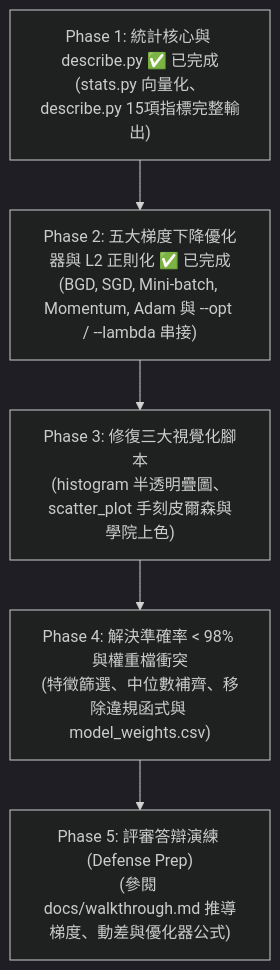
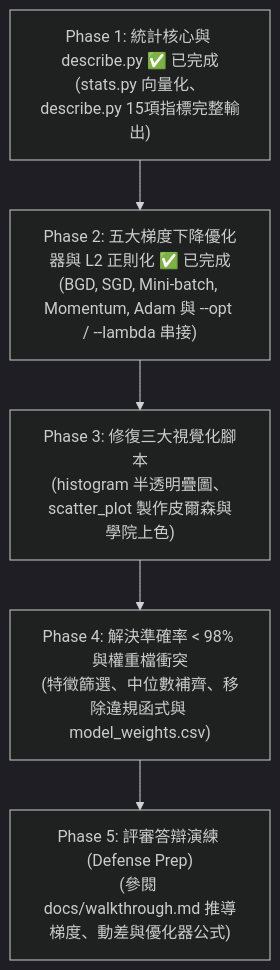
Before and after one commit to GauChau/dslr: the first of 2 diagrams in docs/TODO.md, drawn with Mermaid (dark theme). The commit also changed other lines of this file and 5 other files, not shown here.

````diff
--- a/docs/TODO.md
+++ b/docs/TODO.md
@@ -156,7 +156,7 @@
 ```mermaid
 flowchart TD
     A["Phase 1: 統計核心與 describe.py ✅ 已完成<br>(stats.py 向量化、describe.py 15項指標完整輸出)"] --> B["Phase 2: 五大梯度下降優化器與 L2 正則化 ✅ 已完成<br>(BGD, SGD, Mini-batch, Momentum, Adam 與 --opt / --lambda 串接)"]
-    B --> C["Phase 3: 修復三大視覺化腳本<br>(histogram 半透明疊圖、scatter_plot 手刻皮爾森與學院上色)"]
+    B --> C["Phase 3: 修復三大視覺化腳本<br>(histogram 半透明疊圖、scatter_plot 製作皮爾森與學院上色)"]
     C --> D["Phase 4: 解決準確率 < 98% 與權重檔衝突<br>(特徵篩選、中位數補齊、移除違規函式與 model_weights.csv)"]
     D --> E["Phase 5: 評審答辯演練 (Defense Prep)<br>(參閱 docs/walkthrough.md 推導梯度、動差與優化器公式)"]
 ```
````
